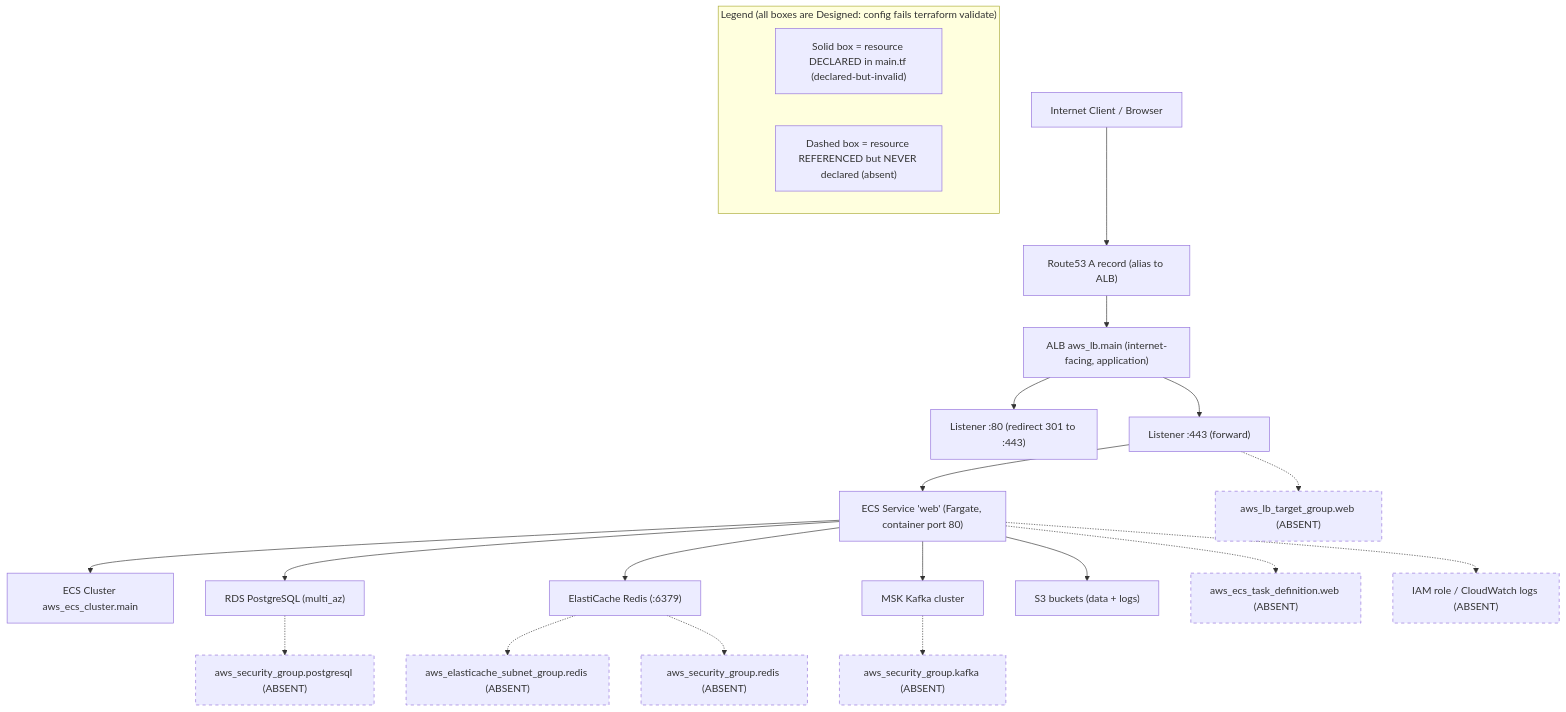
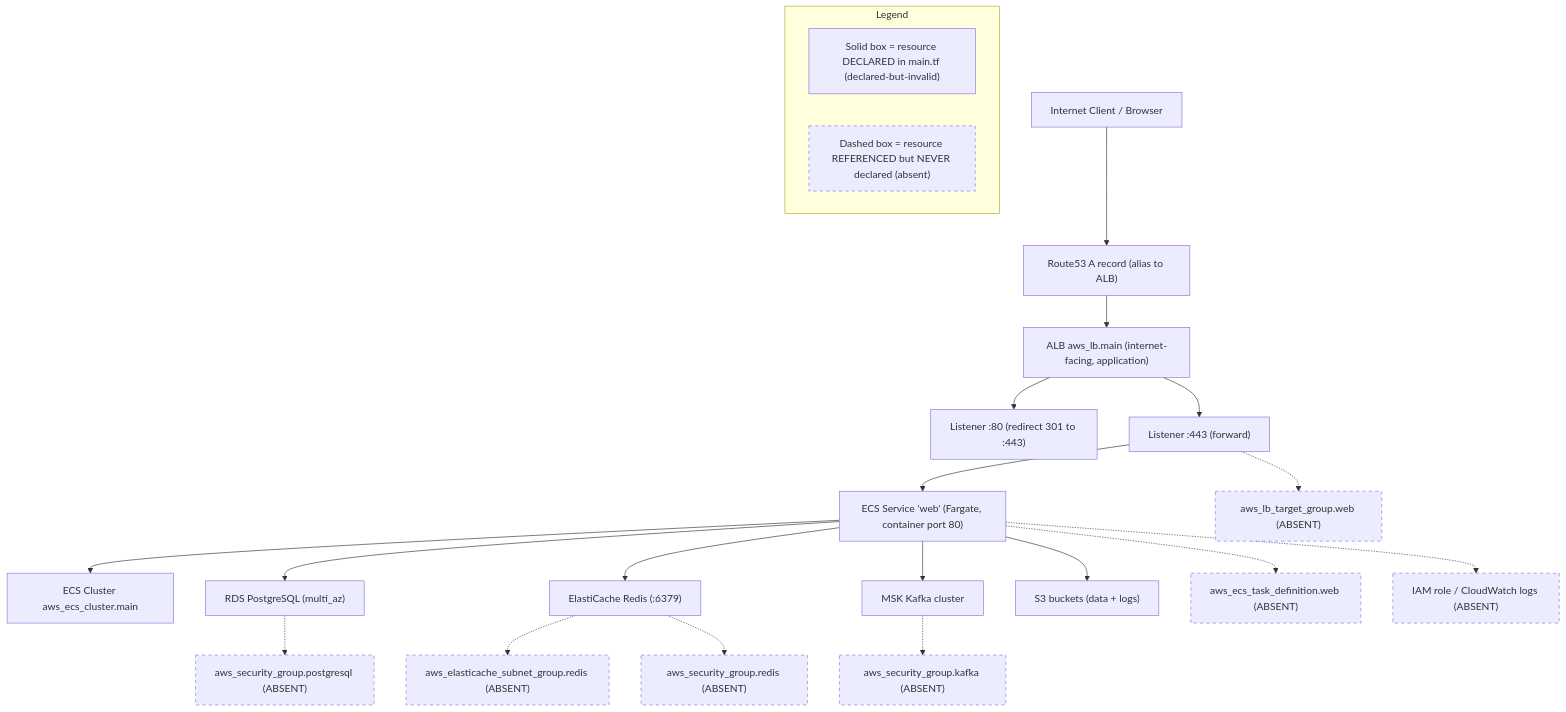
Before and after one commit to blitzy-public-samples/blockchain-integration-6edhrq: the diagram in docs/guides/deployment.md, drawn with Mermaid. The commit also changed other lines of this file and 25 other files, not shown here.

````diff
--- a/docs/guides/deployment.md
+++ b/docs/guides/deployment.md
@@ -19,30 +19,39 @@
 ```mermaid
 flowchart TD
-    subgraph Legend_O2["Legend (all boxes are Designed: config fails terraform validate)"]
+    %% Cluster-caption budget: Mermaid wraps a subgraph caption on its own internal
+    %% ~200px band (the inner div carries max-width:200px) which flowchart.wrappingWidth
+    %% does NOT widen, and it reserves only ONE caption line before the first child row.
+    %% Measured in Mermaid 11.4.0: clearance = 13.5 - 24 x (lines - 1) user units, so a
+    %% two-line caption already paints over the first node. Browser-measured on a 20px
+    %% sans ramp as well: a 17-character caption stays on one line, 21 characters wrap.
+    %% Keep every caption to ONE line -- at most ~17 characters and no em dash. The
+    %% detail these captions used to carry is stated in the legend keys and in the
+    %% cited prose around this figure.
+    subgraph Legend_O2["Legend"]
         LG1["Solid box = resource DECLARED in main.tf (declared-but-invalid)"]
         LG2["Dashed box = resource REFERENCED but NEVER declared (absent)"]
     end
 
     User["Internet Client / Browser"] --> R53["Route53 A record (alias to ALB)"]
     R53 --> ALB["ALB aws_lb.main (internet-facing, application)"]
     ALB --> LHTTP["Listener :80 (redirect 301 to :443)"]
     ALB --> LHTTPS["Listener :443 (forward)"]
     LHTTPS --> SVC["ECS Service 'web' (Fargate, container port 80)"]
     SVC --> CL["ECS Cluster aws_ecs_cluster.main"]
     SVC --> RDS["RDS PostgreSQL (multi_az)"]
     SVC --> REDIS["ElastiCache Redis (:6379)"]
     SVC --> KAFKA["MSK Kafka cluster"]
     SVC --> S3["S3 buckets (data + logs)"]
     LHTTPS -.-> TG["aws_lb_target_group.web (ABSENT)"]
     SVC -.-> TD["aws_ecs_task_definition.web (ABSENT)"]
     RDS -.-> SGPG["aws_security_group.postgresql (ABSENT)"]
     REDIS -.-> SNG["aws_elasticache_subnet_group.redis (ABSENT)"]
     REDIS -.-> SGR["aws_security_group.redis (ABSENT)"]
     KAFKA -.-> SGK["aws_security_group.kafka (ABSENT)"]
     SVC -.-> IAM["IAM role / CloudWatch logs (ABSENT)"]
 
     classDef absent stroke-dasharray: 5 5;
-    class TG,TD,SGPG,SNG,SGR,SGK,IAM absent;
+    class LG2,TG,TD,SGPG,SNG,SGR,SGK,IAM absent;
 
     %% Legend: solid box = resource DECLARED in main.tf (declared-but-invalid, fails terraform validate); dashed box + dashed edge = resource REFERENCED but never declared (absent; HUMAN ASSISTANCE NEEDED, main.tf L217-L227). No box is Provisioned or Implemented: the whole topology is Designed.
 ```
````
